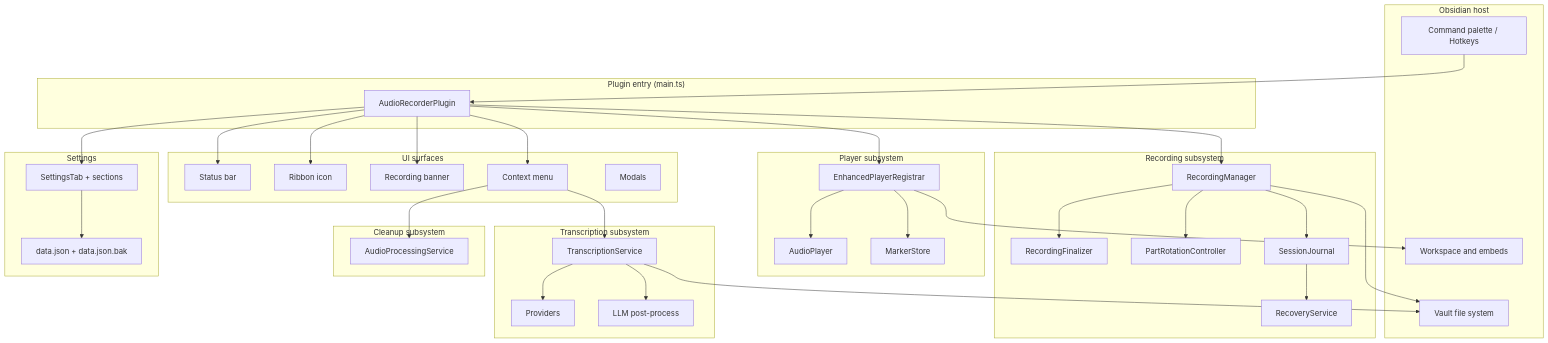
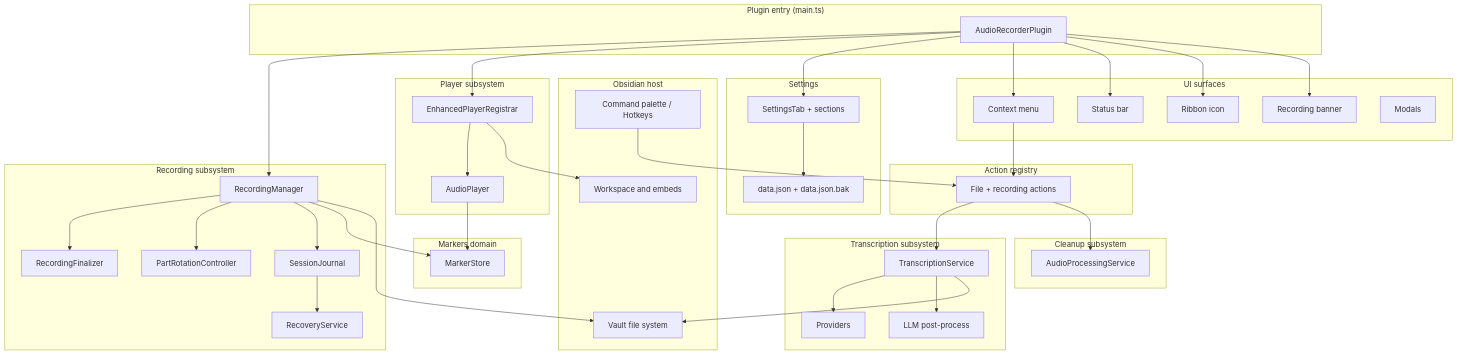
Before and after one commit to akhmialeuski/advanced-audio-recorder: the first of 7 diagrams in docs/architecture.md, drawn with Mermaid. The commit also changed other lines of this file and 30 other files, not shown here.

```diff
--- a/docs/architecture.md
+++ b/docs/architecture.md
@@ -42,7 +42,14 @@
     subgraph Play["Player subsystem"]
         REG[EnhancedPlayerRegistrar]
         PLY[AudioPlayer]
+    end
+
+    subgraph Mark["Markers domain"]
         MRK[MarkerStore]
+    end
+
+    subgraph Act["Action registry"]
+        ACT[File + recording actions]
     end
 
     subgraph Tr["Transcription subsystem"]
@@ -68,7 +75,7 @@
         MOD[Modals]
     end
 
-    CMD --> PLUGIN
+    CMD --> ACT
     PLUGIN --> RM
     PLUGIN --> REG
     PLUGIN --> ST
@@ -80,15 +87,17 @@
     RM --> FIN
     RM --> ROT
     RM --> JRN
+    RM --> MRK
     JRN --> REC
     RM --> VAULT
 
     REG --> PLY
-    REG --> MRK
+    PLY --> MRK
     REG --> WS
 
-    CTX --> TS
-    CTX --> CSVC
+    CTX --> ACT
+    ACT --> TS
+    ACT --> CSVC
     TS --> PROV
     TS --> LLM
     TS --> VAULT
```
